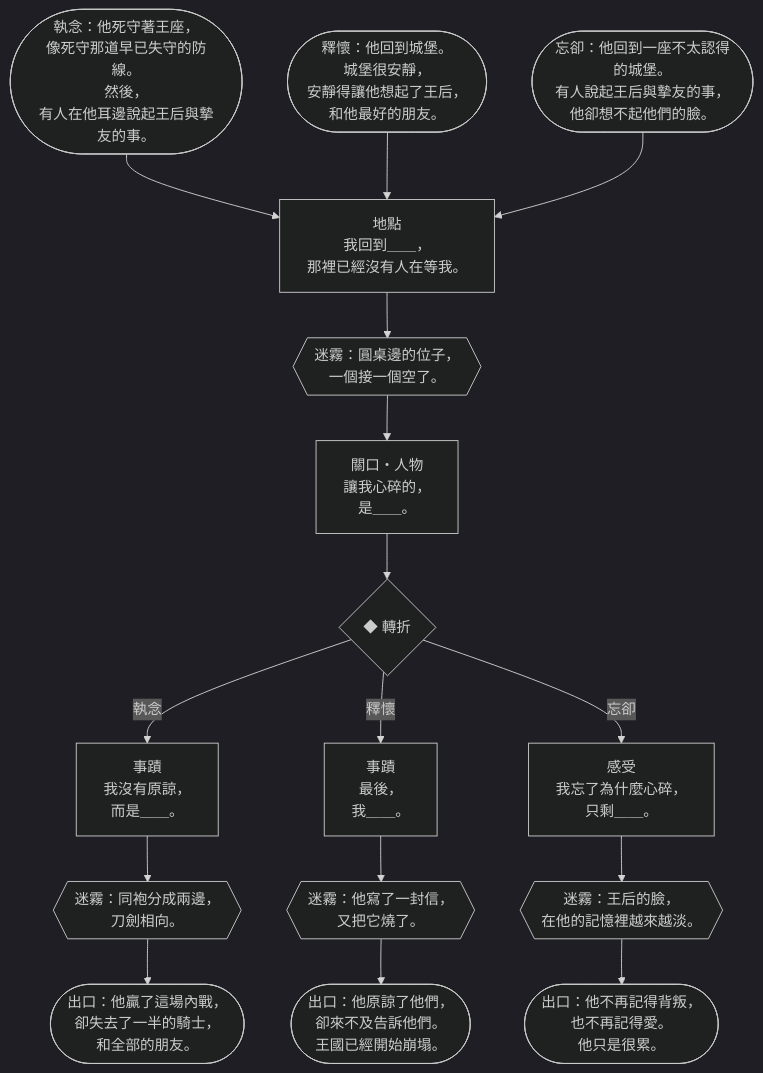
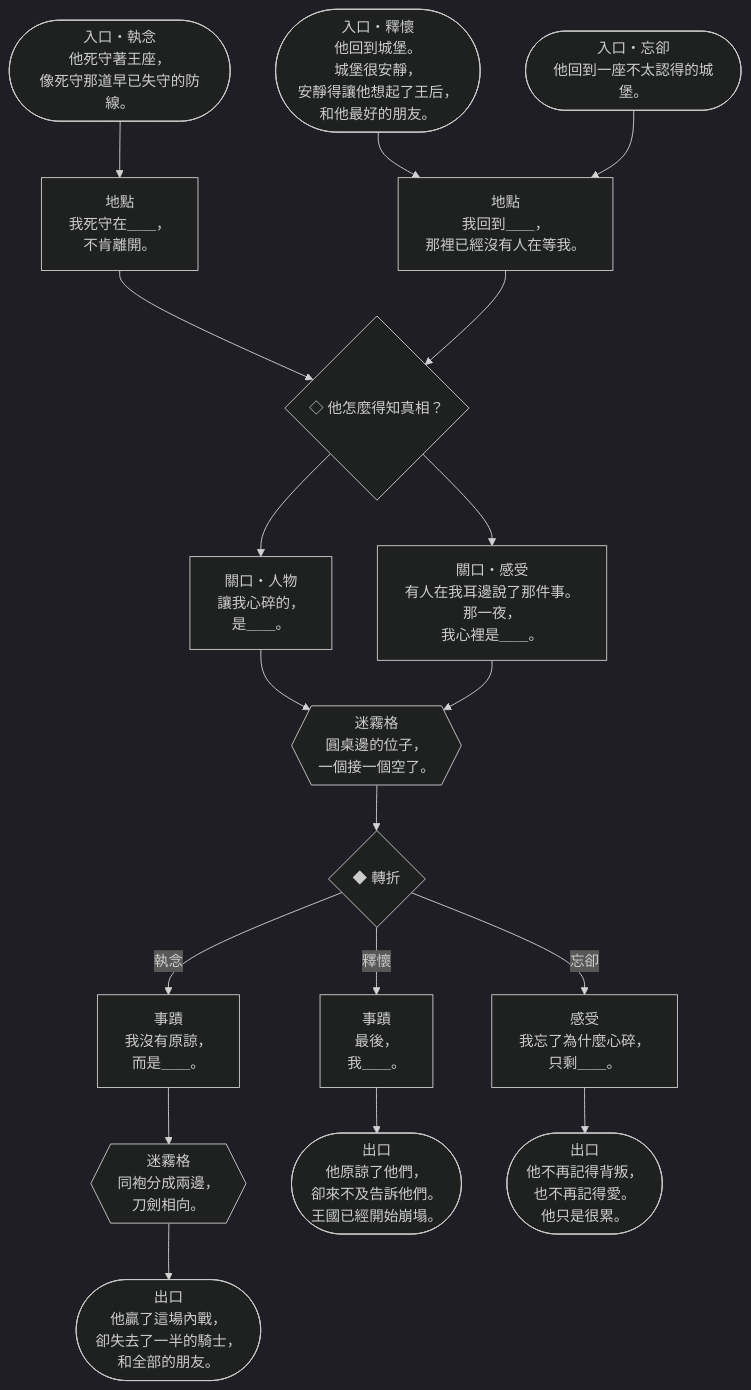
The eighth of 15 diagrams in docs/design/V5-storybooks.zh-TW.md (Ralph-Liu-Hub/Boardgame-Netherbloom), drawn with Mermaid (dark theme) before and after one commit. The commit also changed other lines of this file, not shown here.

````diff
--- a/docs/design/V5-storybooks.zh-TW.md
+++ b/docs/design/V5-storybooks.zh-TW.md
@@ -519,11 +685,34 @@
 ```mermaid
 flowchart TD
-  c1E0(["執念：他死守著王座，<br>像死守那道早已失守的防線。<br>然後，<br>有人在他耳邊說起王后與摯友的事。"]) --> c1A
-  c1E1(["釋懷：他回到城堡。<br>城堡很安靜，<br>安靜得讓他想起了王后，<br>和他最好的朋友。"]) --> c1A
-  c1E2(["忘卻：他回到一座不太認得的城堡。<br>有人說起王后與摯友的事，<br>他卻想不起他們的臉。"]) --> c1A
-  c1A["地點<br>我回到＿＿，<br>那裡已經沒有人在等我。"] --> c1M{{"迷霧：圓桌邊的位子，<br>一個接一個空了。"}}
-  c1M --> c1B["關口・人物<br>讓我心碎的，<br>是＿＿。"] --> c1T{"◆ 轉折"}
-  c1T -- 執念 --> c1C0["事蹟<br>我沒有原諒，<br>而是＿＿。"] --> c1X0{{"迷霧：同袍分成兩邊，<br>刀劍相向。"}} --> c1O0(["出口：他贏了這場內戰，<br>卻失去了一半的騎士，<br>和全部的朋友。"])
-  c1T -- 釋懷 --> c1C1["事蹟<br>最後，<br>我＿＿。"] --> c1X1{{"迷霧：他寫了一封信，<br>又把它燒了。"}} --> c1O1(["出口：他原諒了他們，<br>卻來不及告訴他們。<br>王國已經開始崩塌。"])
-  c1T -- 忘卻 --> c1C2["感受<br>我忘了為什麼心碎，<br>只剩＿＿。"] --> c1X2{{"迷霧：王后的臉，<br>在他的記憶裡越來越淡。"}} --> c1O2(["出口：他不再記得背叛，<br>也不再記得愛。<br>他只是很累。"])
+  c1E0(["入口・執念<br>他死守著王座，<br>像死守那道早已失守的防線。"]) --> c1s1
+  c1E1(["入口・釋懷<br>他回到城堡。<br>城堡很安靜，<br>安靜得讓他想起了王后，<br>和他最好的朋友。"]) --> c1s2
+  c1E2(["入口・忘卻<br>他回到一座不太認得的城堡。"]) --> c1s2
+  c1s1["地點<br>我死守在＿＿，<br>不肯離開。"]
+  c1s1 --> c1p1
+  c1s2["地點<br>我回到＿＿，<br>那裡已經沒有人在等我。"]
+  c1s2 --> c1p1
+  c1p1{"◇ 他怎麼得知真相？"}
+  c1p1 --> c1b1
+  c1p1 --> c1b2
+  c1b1["關口・人物<br>讓我心碎的，<br>是＿＿。"]
+  c1b1 --> c1x1
+  c1b2["關口・感受<br>有人在我耳邊說了那件事。<br>那一夜，<br>我心裡是＿＿。"]
+  c1b2 --> c1x1
+  c1x1{{"迷霧格<br>圓桌邊的位子，<br>一個接一個空了。"}}
+  c1x1 --> c1f
+  c1f{"◆ 轉折"}
+  c1f -- 執念 --> c1c1
+  c1f -- 釋懷 --> c1c2
+  c1f -- 忘卻 --> c1c3
+  c1c1["事蹟<br>我沒有原諒，<br>而是＿＿。"]
+  c1c1 --> c1x2
+  c1x2{{"迷霧格<br>同袍分成兩邊，<br>刀劍相向。"}}
+  c1x2 --> c1o1
+  c1c2["事蹟<br>最後，<br>我＿＿。"]
+  c1c2 --> c1o2
+  c1c3["感受<br>我忘了為什麼心碎，<br>只剩＿＿。"]
+  c1c3 --> c1o3
+  c1o1(["出口<br>他贏了這場內戰，<br>卻失去了一半的騎士，<br>和全部的朋友。"])
+  c1o2(["出口<br>他原諒了他們，<br>卻來不及告訴他們。<br>王國已經開始崩塌。"])
+  c1o3(["出口<br>他不再記得背叛，<br>也不再記得愛。<br>他只是很累。"])
 ```
````
